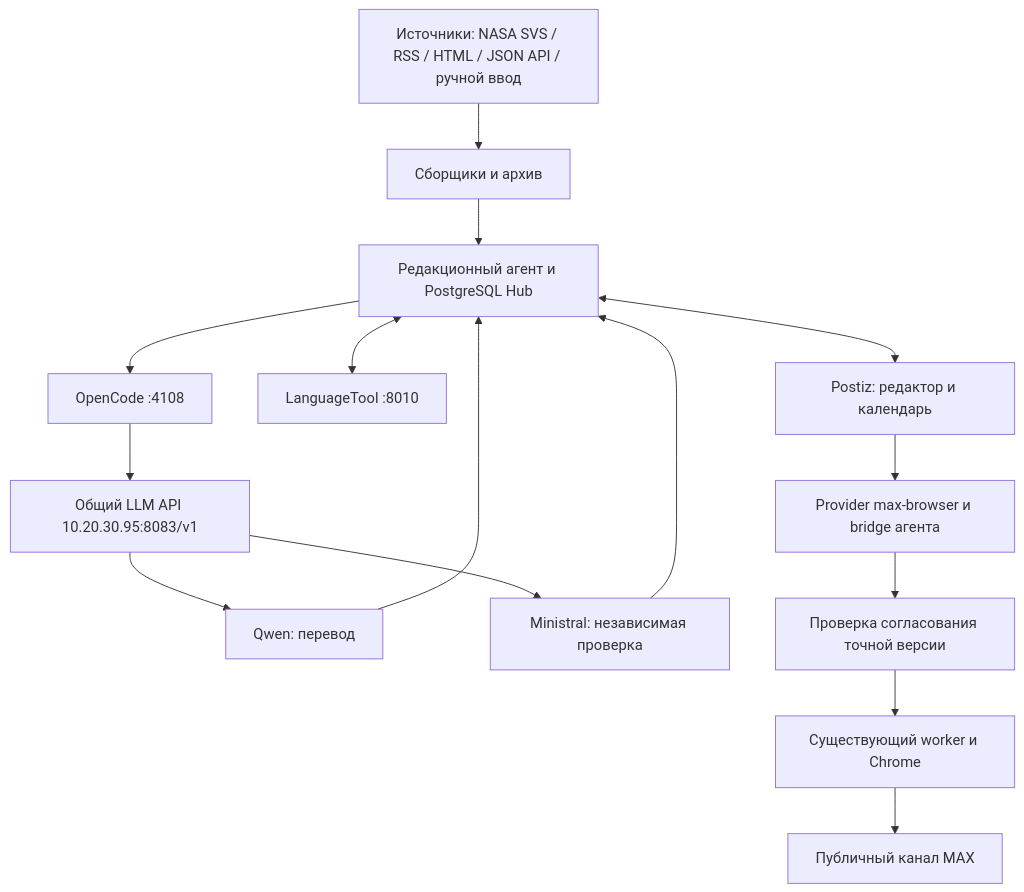
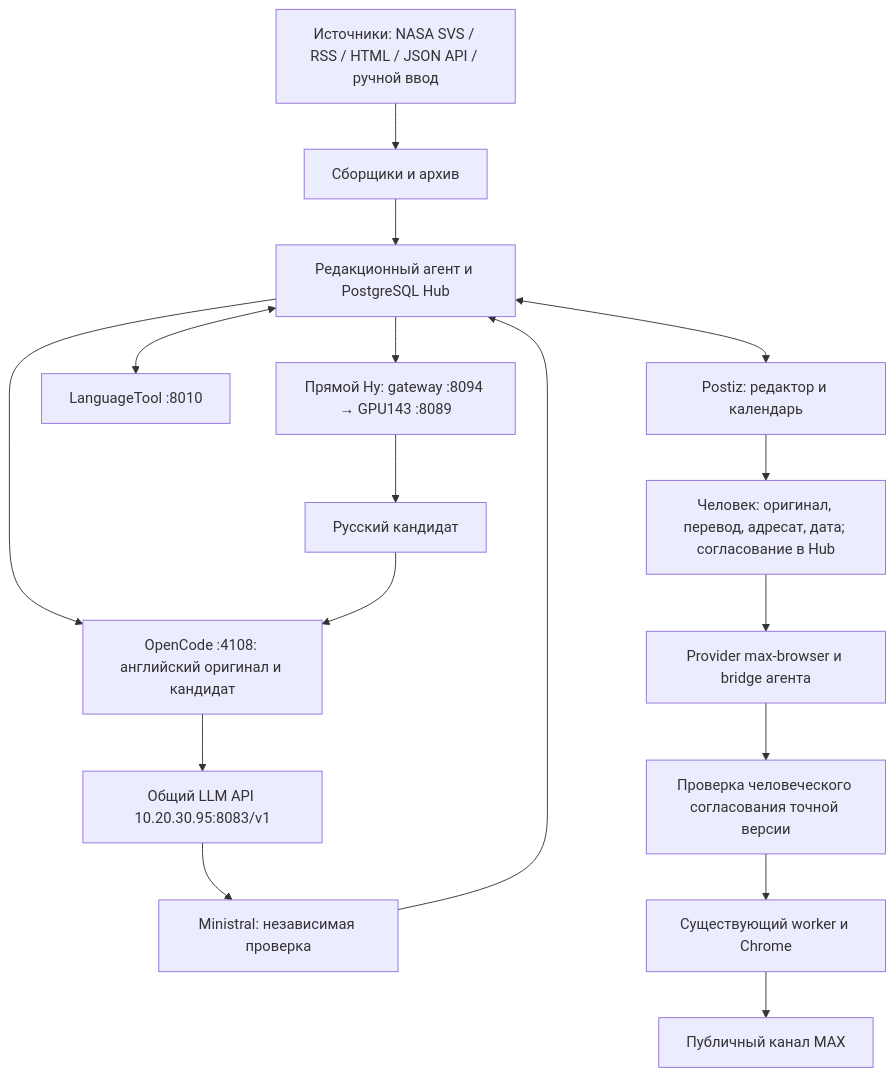
The diagram in docs/COMPONENTS_AND_CONNECTIONS.md (vovkmic-wq/max-postiz-editorial), drawn with Mermaid before and after one commit. The commit also changed other lines of this file and 35 other files, not shown here.

````diff
--- a/docs/COMPONENTS_AND_CONNECTIONS.md
+++ b/docs/COMPONENTS_AND_CONNECTIONS.md
@@ -38,17 +57,19 @@
 ```mermaid
 flowchart TD
     S["Источники: NASA SVS / RSS / HTML / JSON API / ручной ввод"] --> C["Сборщики и архив"]
     C --> H["Редакционный агент и PostgreSQL Hub"]
-    H --> O["OpenCode :4108"]
+    H --> T["Прямой Hy: gateway :8094 → GPU143 :8089"]
+    T --> D["Русский кандидат"]
+    H --> O["OpenCode :4108: английский оригинал и кандидат"]
     O --> R["Общий LLM API 10.20.30.95:8083/v1"]
-    R --> Q["Qwen: перевод"]
     R --> M["Ministral: независимая проверка"]
-    Q --> H
+    D --> O
     M --> H
     H <--> L["LanguageTool :8010"]
     H <--> P["Postiz: редактор и календарь"]
-    P --> B["Provider max-browser и bridge агента"]
-    B --> A["Проверка согласования точной версии"]
+    P --> E["Человек: оригинал, перевод, адресат, дата; согласование в Hub"]
+    E --> B["Provider max-browser и bridge агента"]
+    B --> A["Проверка человеческого согласования точной версии"]
     A --> W["Существующий worker и Chrome"]
     W --> X["Публичный канал MAX"]
 ```
````
